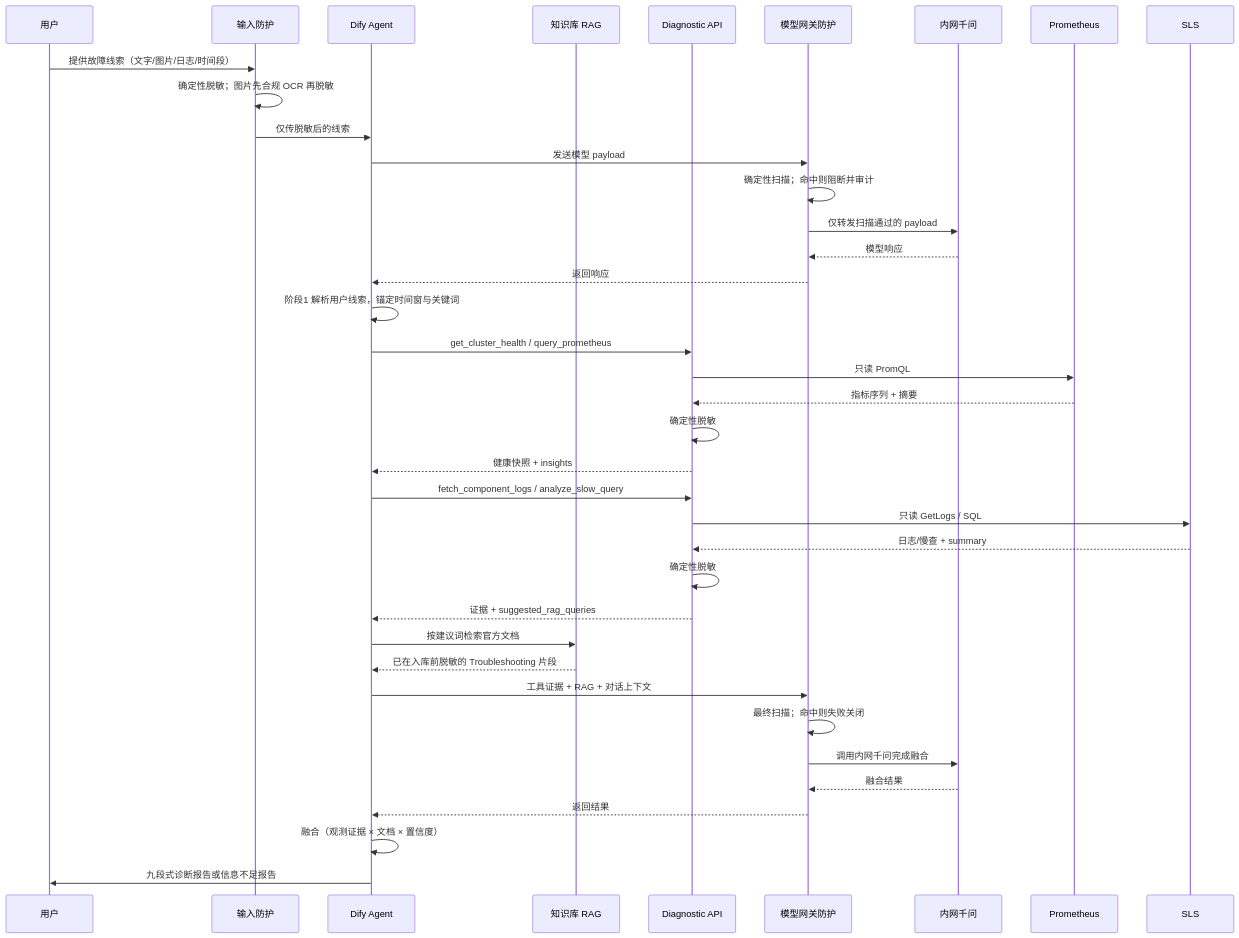
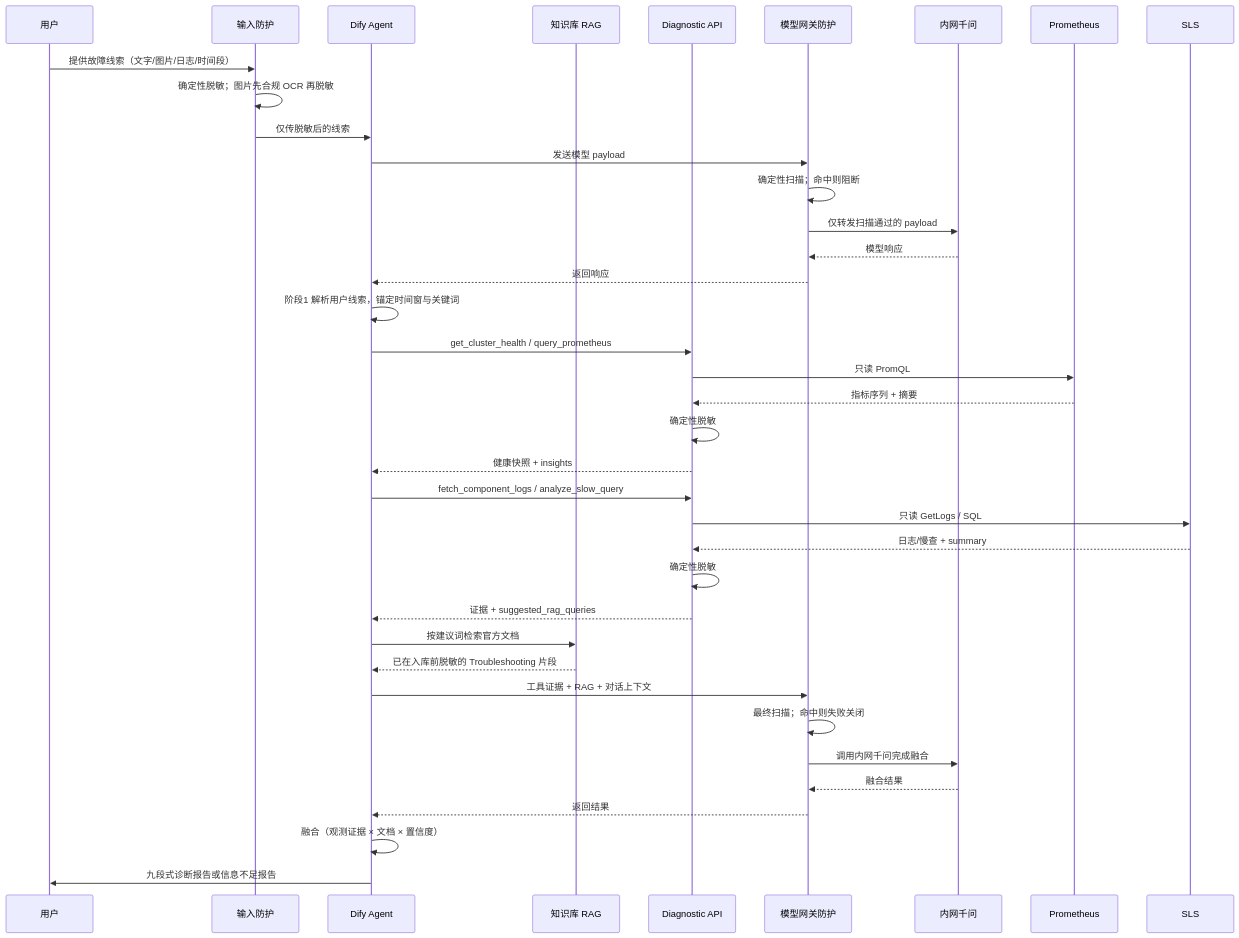
One commit to yangzhengjie/tidb-diag changed the third of 10 diagrams in docs/tidb-diag-agent-technical-design.md. Above: the diagram before and after it, drawn with Mermaid. The commit also changed other lines of this file and 1 other file, not shown here.

````diff
--- a/docs/tidb-diag-agent-technical-design.md
+++ b/docs/tidb-diag-agent-technical-design.md
@@ -175,41 +172,41 @@
 ```mermaid
 sequenceDiagram
     participant U as 用户
     participant G as 输入防护
     participant A as Dify Agent
     participant KB as 知识库 RAG
     participant API as Diagnostic API
     participant MG as 模型网关防护
     participant Q as 内网千问
     participant P as Prometheus
     participant S as SLS
 
     U->>G: 提供故障线索（文字/图片/日志/时间段）
     G->>G: 确定性脱敏；图片先合规 OCR 再脱敏
     G->>A: 仅传脱敏后的线索
     A->>MG: 发送模型 payload
-    MG->>MG: 确定性扫描；命中则阻断并审计
+    MG->>MG: 确定性扫描；命中则阻断
     MG->>Q: 仅转发扫描通过的 payload
     Q-->>MG: 模型响应
     MG-->>A: 返回响应
     A->>A: 阶段1 解析用户线索，锚定时间窗与关键词
     A->>API: get_cluster_health / query_prometheus
     API->>P: 只读 PromQL
     P-->>API: 指标序列 + 摘要
     API->>API: 确定性脱敏
     API-->>A: 健康快照 + insights
     A->>API: fetch_component_logs / analyze_slow_query
     API->>S: 只读 GetLogs / SQL
     S-->>API: 日志/慢查 + summary
     API->>API: 确定性脱敏
     API-->>A: 证据 + suggested_rag_queries
     A->>KB: 按建议词检索官方文档
     KB-->>A: 已在入库前脱敏的 Troubleshooting 片段
     A->>MG: 工具证据 + RAG + 对话上下文
     MG->>MG: 最终扫描；命中则失败关闭
     MG->>Q: 调用内网千问完成融合
     Q-->>MG: 融合结果
     MG-->>A: 返回结果
     A->>A: 融合（观测证据 × 文档 × 置信度）
     A->>U: 九段式诊断报告或信息不足报告
 ```
````
